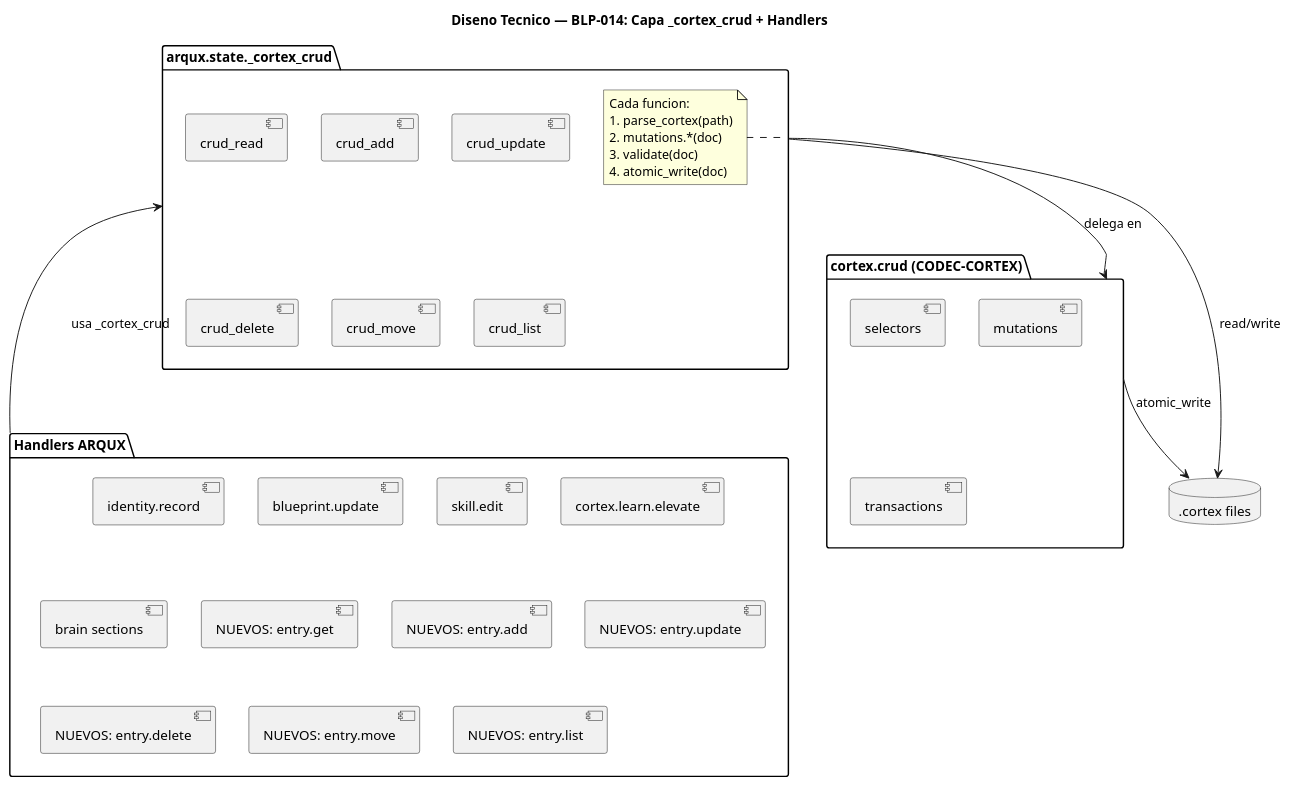
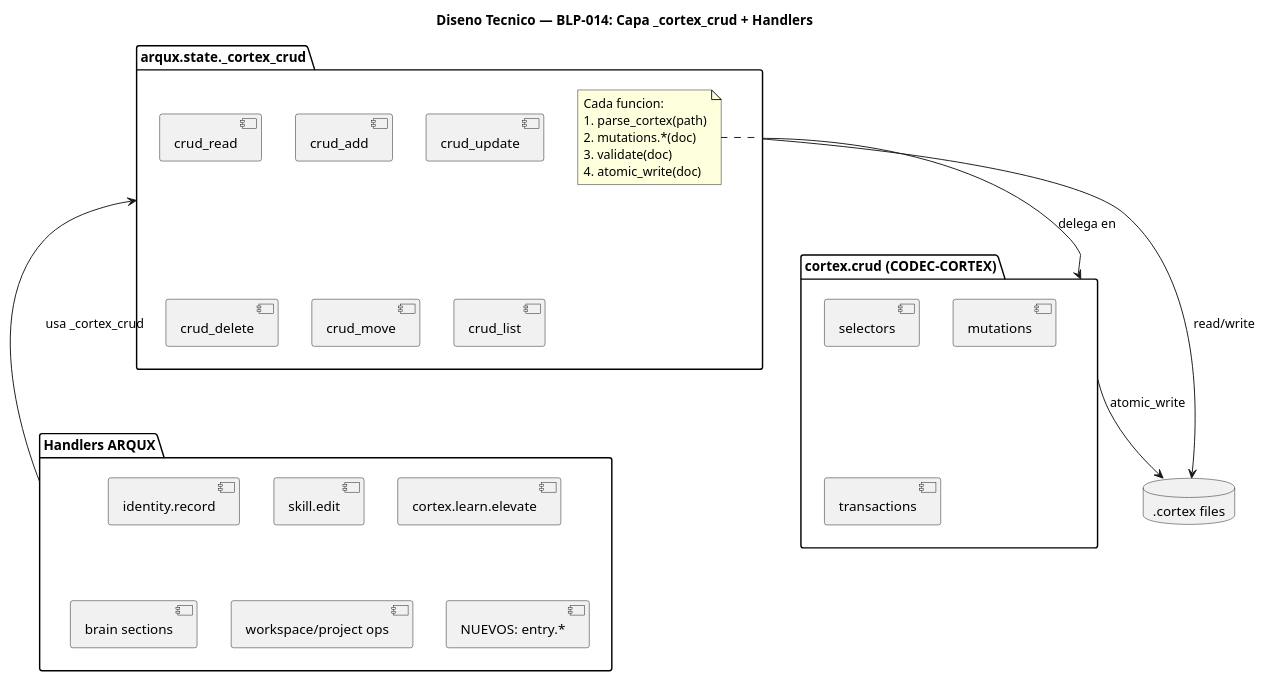
Before and after one commit to FidelErnesto03/arqux: the second of 3 diagrams in .arqux/cycles/CYCLE-01/blueprints/BLP-014.md, drawn with PlantUML. The commit also changed other lines of this file and 24 other files, not shown here.

````diff
--- a/.arqux/cycles/CYCLE-01/blueprints/BLP-014.md
+++ b/.arqux/cycles/CYCLE-01/blueprints/BLP-014.md
@@ -158,49 +166,44 @@
 ```puml
 @startuml
 title Diseno Tecnico — BLP-014: Capa _cortex_crud + Handlers
 
 package "arqux.state._cortex_crud" as CRUD {
   [crud_read] as R
   [crud_add] as A
   [crud_update] as U
   [crud_delete] as D
   [crud_move] as M
   [crud_list] as L
   note right of CRUD
     Cada funcion:
     1. parse_cortex(path)
     2. mutations.*(doc)
     3. validate(doc)
     4. atomic_write(doc)
   end note
 }
 
 package "cortex.crud (CODEC-CORTEX)" as CC {
   [selectors] as SEL
   [mutations] as MUT
   [transactions] as TX
 }
 
 package "Handlers ARQUX" as H {
   [identity.record] as IDR
-  [blueprint.update] as BPU
   [skill.edit] as SKE
   [cortex.learn.elevate] as LRN
   [brain sections] as BRN
-  [NUEVOS: entry.get] as GET
-  [NUEVOS: entry.add] as ADD
-  [NUEVOS: entry.update] as UPD
-  [NUEVOS: entry.delete] as DEL
-  [NUEVOS: entry.move] as MOV
-  [NUEVOS: entry.list] as LST
+  [workspace/project ops] as WSO
+  [NUEVOS: entry.*] as ENT
 }
 
 database ".cortex files" as DB
 
 H --> CRUD : usa _cortex_crud
 CRUD --> CC : delega en
 CRUD --> DB : read/write
 CC --> DB : atomic_write
 
 @enduml
 ```
````
